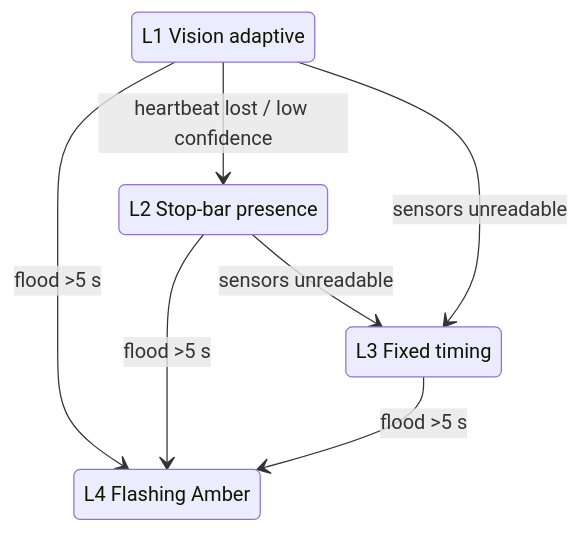
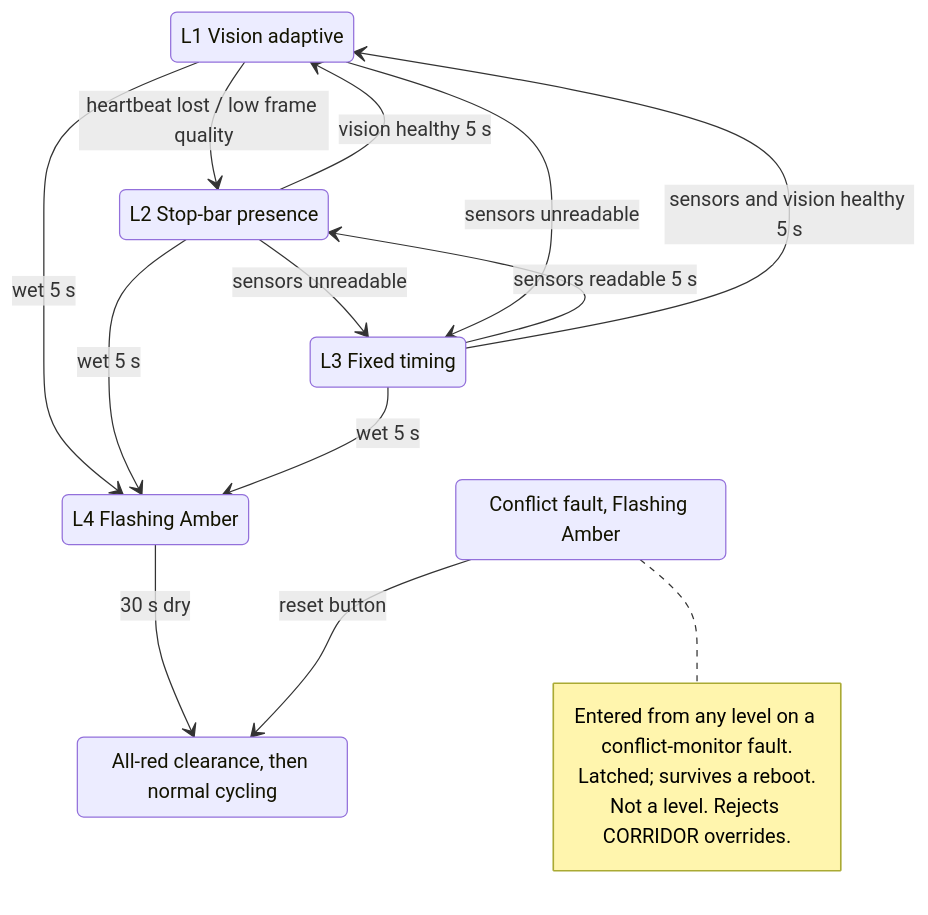
The diagram in _bmad-output/initiative-catarman-smart-traffic-light/spec-smart-traffic-light/degradation-levels.md (lirrnaiad/catarman-smart-traffic-light), drawn with Mermaid before and after one commit. The commit also changed other lines of this file and 48 other files, not shown here.

First line of the commit message:
docs: add architecture spine, UX, M1 epic and tickets

````diff
--- a/_bmad-output/initiative-catarman-smart-traffic-light/spec-smart-traffic-light/degradation-levels.md
+++ b/_bmad-output/initiative-catarman-smart-traffic-light/spec-smart-traffic-light/degradation-levels.md
@@ -29,13 +76,25 @@
 ```mermaid
 stateDiagram-v2
     L1: L1 Vision adaptive
     L2: L2 Stop-bar presence
     L3: L3 Fixed timing
     L4: L4 Flashing Amber
-    L1 --> L2: heartbeat lost / low confidence
+    Resume: All-red clearance, then normal cycling
+    FAULT: Conflict fault, Flashing Amber
+    L1 --> L2: heartbeat lost / low frame quality
     L2 --> L3: sensors unreadable
     L1 --> L3: sensors unreadable
-    L1 --> L4: flood >5 s
-    L2 --> L4: flood >5 s
-    L3 --> L4: flood >5 s
+    L2 --> L1: vision healthy 5 s
+    L3 --> L2: sensors readable 5 s
+    L3 --> L1: sensors and vision healthy 5 s
+    L1 --> L4: wet 5 s
+    L2 --> L4: wet 5 s
+    L3 --> L4: wet 5 s
+    L4 --> Resume: 30 s dry
+    FAULT --> Resume: reset button
+    note right of FAULT
+        Entered from any level on a conflict-monitor fault.
+        Latched; survives a reboot.
+        Not a level. Rejects CORRIDOR overrides.
+    end note
 ```
````
